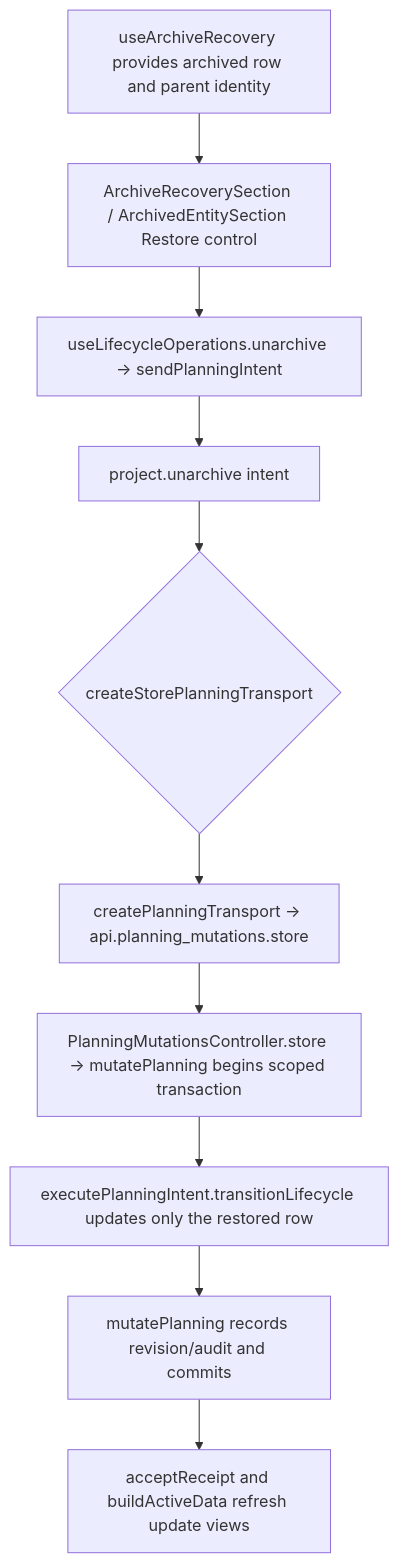
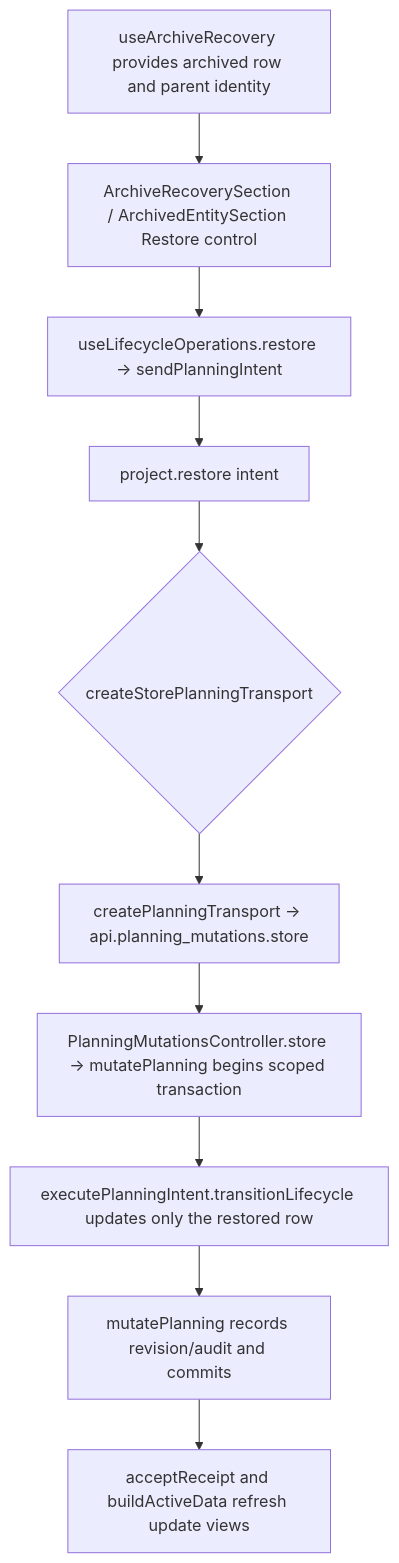
The second of 2 diagrams in user-stories/projects/US-PRJ-06-restore-project.md (Kevinjohn/capacitylens), drawn with Mermaid before and after one commit. The commit also changed 27 other files, not shown here.

First line of the commit message:
Restore operation: rename catalogue.unarchive and resource.unarchive to restore

````diff
--- a/user-stories/projects/US-PRJ-06-restore-project.md
+++ b/user-stories/projects/US-PRJ-06-restore-project.md
@@ -26,8 +26,8 @@
 ```mermaid
 flowchart TD
   A["useArchiveRecovery provides archived row and parent identity"] --> B["ArchiveRecoverySection / ArchivedEntitySection Restore control"]
-  B --> C["useLifecycleOperations.unarchive → sendPlanningIntent"] --> D["project.unarchive intent"]
+  B --> C["useLifecycleOperations.restore → sendPlanningIntent"] --> D["project.restore intent"]
   D --> E{"createStorePlanningTransport"}
   E --> F["createPlanningTransport → api.planning_mutations.store"] --> G["PlanningMutationsController.store → mutatePlanning begins scoped transaction"]
   G --> H["executePlanningIntent.transitionLifecycle updates only the restored row"] --> K["mutatePlanning records revision/audit and commits"] --> J["acceptReceipt and buildActiveData refresh update views"]
 ```
````
